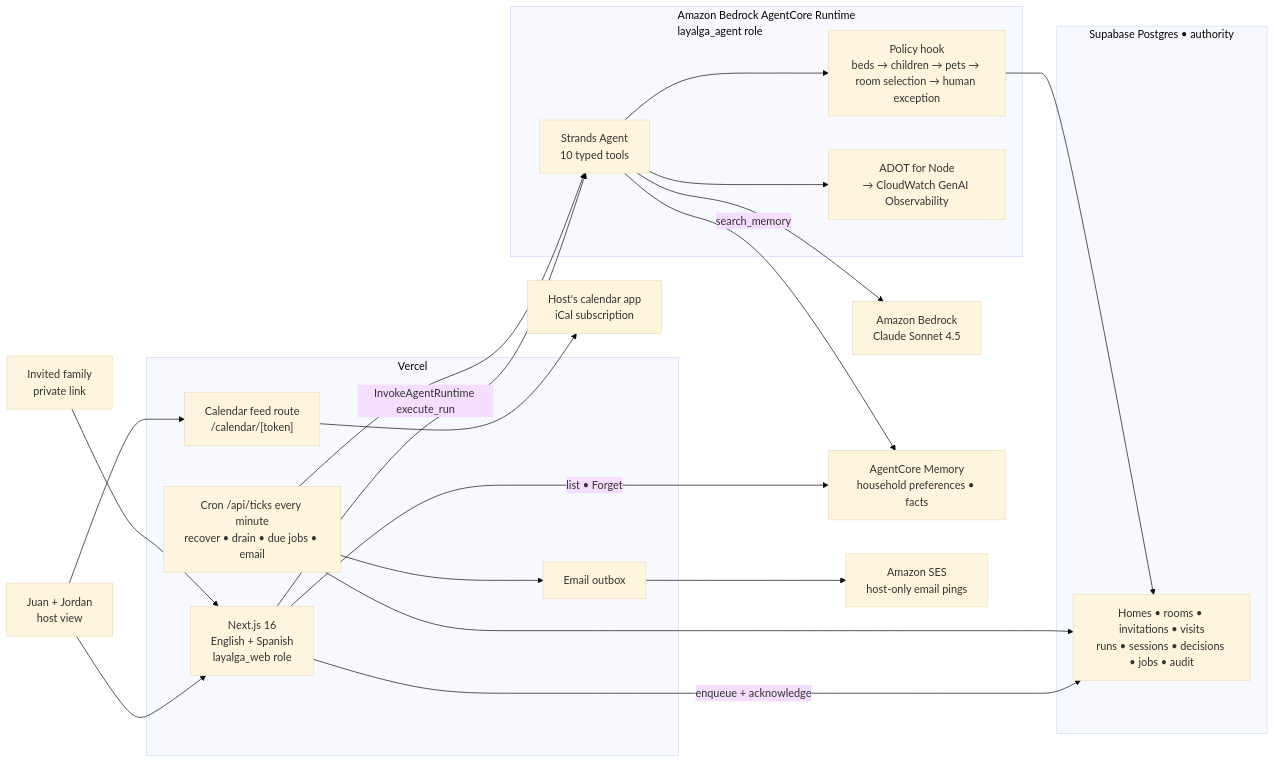
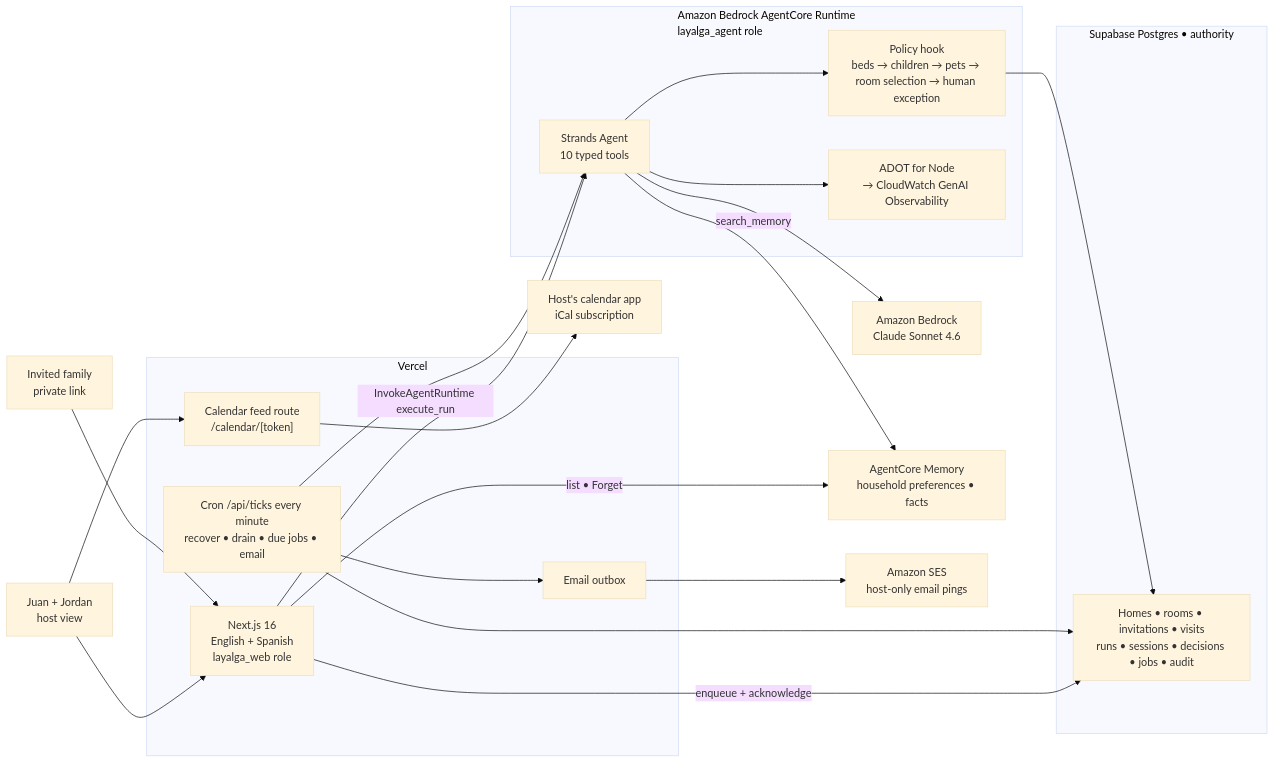
The diagram in docs/submission/system-guide.md (juan294/layalga), drawn with Mermaid (base theme) before and after one commit. The commit also changed other lines of this file and 20 other files, not shown here.

````diff
--- a/docs/submission/system-guide.md
+++ b/docs/submission/system-guide.md
@@ -75,42 +75,42 @@
 ```mermaid
 flowchart LR
   host["Juan + Jordan<br/>host view"]
   guest["Invited family<br/>private link"]
   calendarApp["Host's calendar app<br/>iCal subscription"]
 
   subgraph vercel["Vercel"]
     web["Next.js 16<br/>English + Spanish<br/>layalga_web role"]
     cron["Cron /api/ticks every minute<br/>recover • drain • due jobs • email"]
     calendarFeed["Calendar feed route<br/>/calendar/[token]"]
     emailOutbox["Email outbox"]
   end
 
   subgraph agentcore["Amazon Bedrock AgentCore Runtime<br/>layalga_agent role"]
     worker["Strands Agent<br/>10 typed tools"]
     policy["Policy hook<br/>beds → children → pets → room selection → human exception"]
     otel["ADOT for Node<br/>→ CloudWatch GenAI Observability"]
   end
 
   subgraph data["Supabase Postgres • authority"]
     state["Homes • rooms • invitations • visits<br/>runs • sessions • decisions • jobs • audit"]
   end
 
-  models["Amazon Bedrock<br/>Claude Sonnet 4.5"]
+  models["Amazon Bedrock<br/>Claude Sonnet 4.6"]
   memory["AgentCore Memory<br/>household preferences • facts"]
   ses["Amazon SES<br/>host-only email pings"]
 
   host --> web
   guest --> web
   web -- "enqueue + acknowledge" --> state
   web -- "InvokeAgentRuntime execute_run" --> worker
   cron --> state
   cron --> worker
   cron --> emailOutbox
   worker --> policy --> state
   worker --> models
   worker -- "search_memory" --> memory
   worker --> otel
   host --> calendarFeed --> calendarApp
   emailOutbox --> ses
   web -- "list • Forget" --> memory
 ```
````
